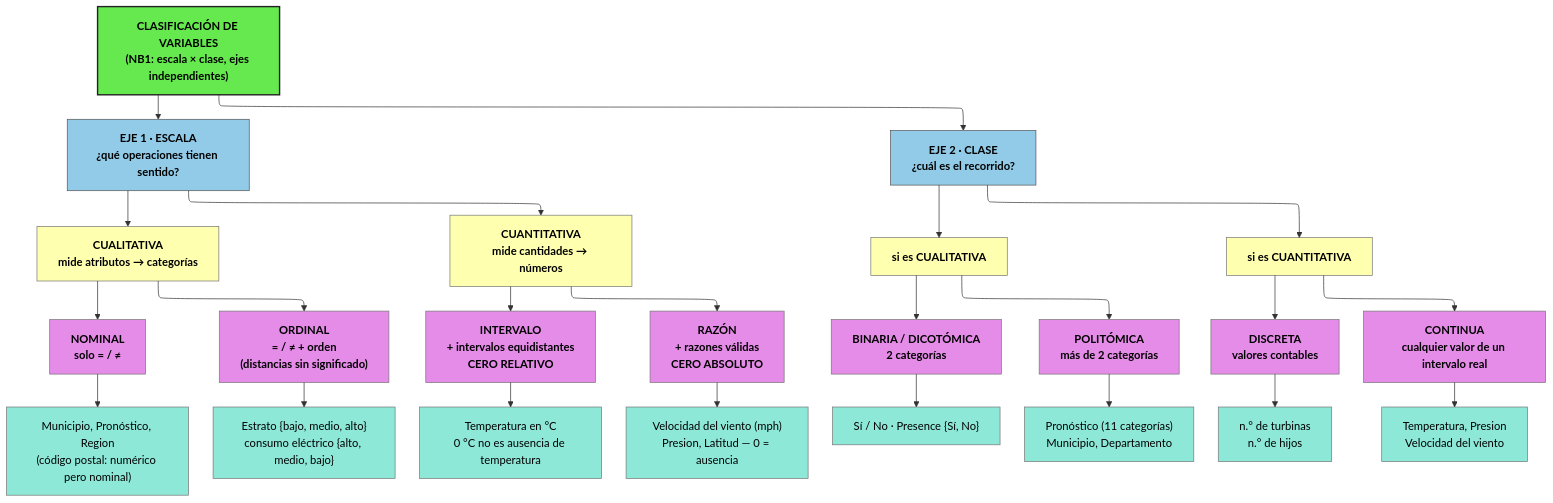
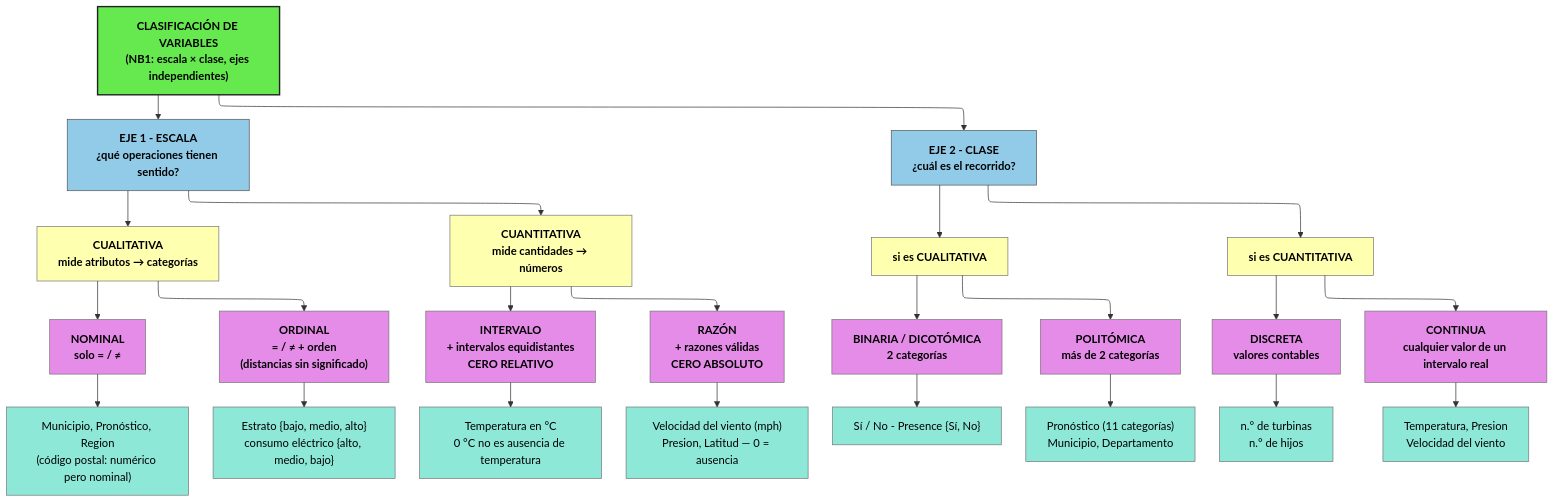
One commit to Over-HCV/SDA changed the diagram in learn/workshops/taller-01/Taller-01.md. Above: the diagram before and after it, drawn with Mermaid. The commit also changed 129 other files, not shown here.

````diff
--- a/learn/workshops/taller-01/Taller-01.md
+++ b/learn/workshops/taller-01/Taller-01.md
@@ -77,53 +77,53 @@
 ```{mermaid}
 ---
 config:
   layout: elk
   theme: default
 ---
 flowchart TD
     V["CLASIFICACIÓN DE VARIABLES<br/>(NB1: escala × clase, ejes independientes)"]
 
-    V --> ESC["EJE 1 · ESCALA<br/>¿qué operaciones tienen sentido?"]
-    V --> CLA["EJE 2 · CLASE<br/>¿cuál es el recorrido?"]
+    V --> ESC["EJE 1 - ESCALA<br/>¿qué operaciones tienen sentido?"]
+    V --> CLA["EJE 2 - CLASE<br/>¿cuál es el recorrido?"]
 
     %% ================= EJE 1: ESCALA =================
     ESC --> CUAL["CUALITATIVA<br/>mide atributos → categorías"]
     ESC --> CUAN["CUANTITATIVA<br/>mide cantidades → números"]
 
     CUAL --> NOM["NOMINAL<br/>solo = / ≠"]
     CUAL --> ORD["ORDINAL<br/>= / ≠ + orden<br/>(distancias sin significado)"]
     CUAN --> INT["INTERVALO<br/>+ intervalos equidistantes<br/>CERO RELATIVO"]
     CUAN --> RAZ["RAZÓN<br/>+ razones válidas<br/>CERO ABSOLUTO"]
 
     NOM --> NOME["Municipio, Pronóstico, Region<br/>(código postal: numérico pero nominal)"]
     ORD --> ORDE["Estrato {bajo, medio, alto}<br/>consumo eléctrico {alto, medio, bajo}"]
     INT --> INTE["Temperatura en °C<br/>0 °C no es ausencia de temperatura"]
     RAZ --> RAZE["Velocidad del viento (mph)<br/>Presion, Latitud — 0 = ausencia"]
 
     %% ================= EJE 2: CLASE =================
     CLA --> CUAL2["si es CUALITATIVA"]
     CLA --> CUAN2["si es CUANTITATIVA"]
 
     CUAL2 --> BIN["BINARIA / DICOTÓMICA<br/>2 categorías"]
     CUAL2 --> POL["POLITÓMICA<br/>más de 2 categorías"]
     CUAN2 --> DIS["DISCRETA<br/>valores contables"]
     CUAN2 --> CON["CONTINUA<br/>cualquier valor de un intervalo real"]
 
-    BIN --> BINE["Sí / No · Presence {Sí, No}"]
+    BIN --> BINE["Sí / No - Presence {Sí, No}"]
     POL --> POLE["Pronóstico (11 categorías)<br/>Municipio, Departamento"]
     DIS --> DISE["n.° de turbinas<br/>n.° de hijos"]
     CON --> CONE["Temperatura, Presion<br/>Velocidad del viento"]
 
     %% ================= ESTILOS =================
     classDef raiz fill:#65e94f,stroke:#222,stroke-width:2px,color:#000,font-weight:bold;
     classDef eje fill:#91cbe8,stroke:#555,stroke-width:1px,color:#000,font-weight:bold;
     classDef grupo fill:#ffffb0,stroke:#777,stroke-width:1px,color:#000,font-weight:bold;
     classDef tipo fill:#e58be8,stroke:#777,stroke-width:1px,color:#000,font-weight:bold;
     classDef ejemplo fill:#8de8d8,stroke:#777,stroke-width:1px,color:#000;
 
     class V raiz;
     class ESC,CLA eje;
     class CUAL,CUAN,CUAL2,CUAN2 grupo;
     class NOM,ORD,INT,RAZ,BIN,POL,DIS,CON tipo;
     class NOME,ORDE,INTE,RAZE,BINE,POLE,DISE,CONE ejemplo;
 ```
````
